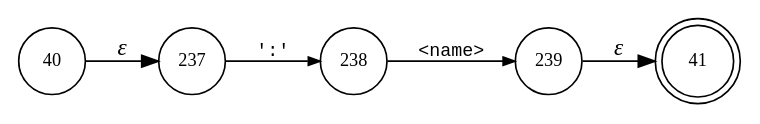
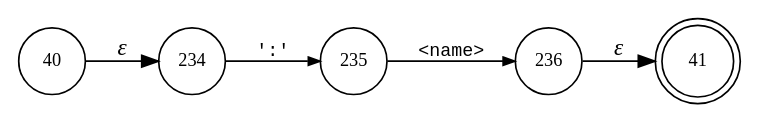
Before and after one commit to Shinigami072/Compilers-LogoInterpreter: the diagram in interpreter/logo/logo.deref.dot, drawn with Graphviz. The commit also changed 78 other files, not shown here.

```diff
--- a/interpreter/logo/logo.deref.dot
+++ b/interpreter/logo/logo.deref.dot
@@ -1,12 +1,12 @@
 digraph ATN {
 rankdir=LR;
 s41[fontsize=11, label="41", shape=doublecircle, fixedsize=true, width=.6];
 s40[fontsize=11,label="40", shape=circle, fixedsize=true, width=.55, peripheries=1];
-s237[fontsize=11,label="237", shape=circle, fixedsize=true, width=.55, peripheries=1];
-s238[fontsize=11,label="238", shape=circle, fixedsize=true, width=.55, peripheries=1];
-s239[fontsize=11,label="239", shape=circle, fixedsize=true, width=.55, peripheries=1];
-s40 -> s237 [fontname="Times-Italic", label="&epsilon;"];
-s237 -> s238 [fontsize=11, fontname="Courier", arrowsize=.7, label = "':'", arrowhead = normal];
-s238 -> s239 [fontsize=11, fontname="Courier", arrowsize=.7, label = "<name>", arrowhead = normal];
-s239 -> s41 [fontname="Times-Italic", label="&epsilon;"];
+s234[fontsize=11,label="234", shape=circle, fixedsize=true, width=.55, peripheries=1];
+s235[fontsize=11,label="235", shape=circle, fixedsize=true, width=.55, peripheries=1];
+s236[fontsize=11,label="236", shape=circle, fixedsize=true, width=.55, peripheries=1];
+s40 -> s234 [fontname="Times-Italic", label="&epsilon;"];
+s234 -> s235 [fontsize=11, fontname="Courier", arrowsize=.7, label = "':'", arrowhead = normal];
+s235 -> s236 [fontsize=11, fontname="Courier", arrowsize=.7, label = "<name>", arrowhead = normal];
+s236 -> s41 [fontname="Times-Italic", label="&epsilon;"];
 }
```
